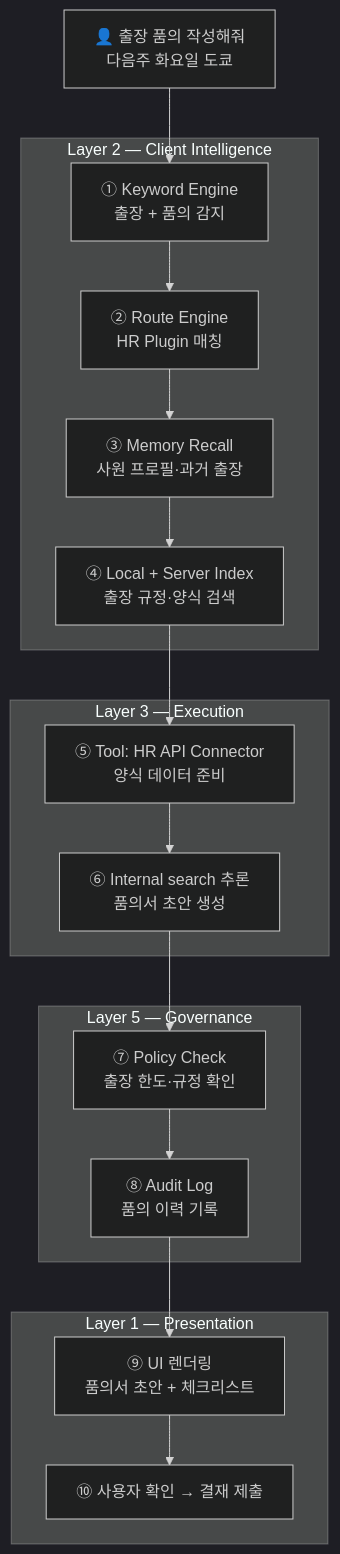
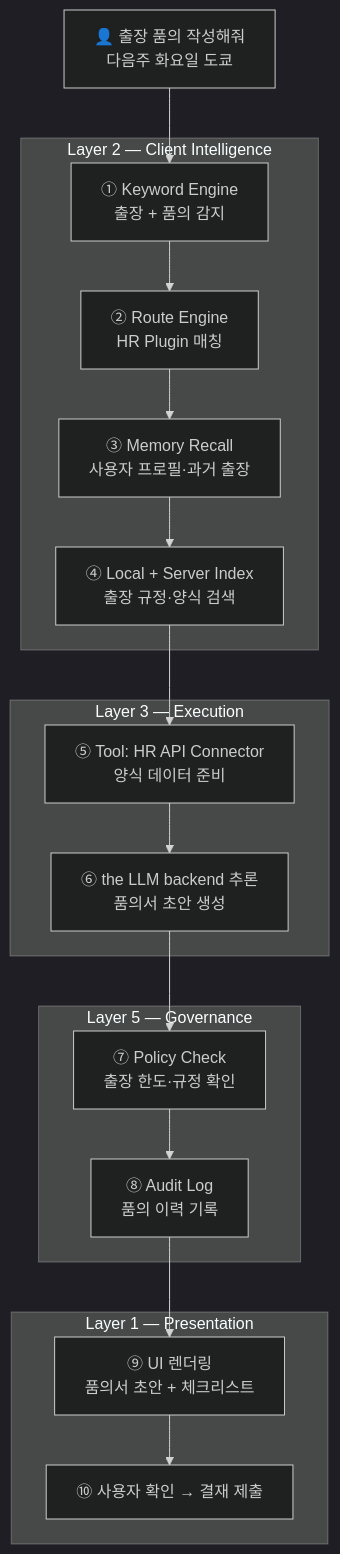
Diagram 40 of 44 in docs/architecture/architecture.md (lvis-project/lvis-app), drawn with Mermaid (dark theme) before and after one commit. The commit also changed other lines of this file and 76 other files, not shown here.

````diff
--- a/docs/architecture/architecture.md
+++ b/docs/architecture/architecture.md
@@ -3532,31 +3532,31 @@
 ```mermaid
 flowchart TB
     USER["👤 출장 품의 작성해줘<br/>다음주 화요일 도쿄"]
 
     subgraph "Layer 2 — Client Intelligence"
         KW["① Keyword Engine<br/>출장 + 품의 감지"]
         ROUTE["② Route Engine<br/>HR Plugin 매칭"]
-        MEM["③ Memory Recall<br/>사원 프로필·과거 출장"]
+        MEM["③ Memory Recall<br/>사용자 프로필·과거 출장"]
         IDX["④ Local + Server Index<br/>출장 규정·양식 검색"]
     end
 
     subgraph "Layer 3 — Execution"
         TOOL["⑤ Tool: HR API Connector<br/>양식 데이터 준비"]
-        corporateNIE_CALL["⑥ Internal search 추론<br/>품의서 초안 생성"]
+        LLM_BACKEND_CALL["⑥ the LLM backend 추론<br/>품의서 초안 생성"]
     end
 
     subgraph "Layer 5 — Governance"
         POLICY_CHECK["⑦ Policy Check<br/>출장 한도·규정 확인"]
         AUDIT_WRITE["⑧ Audit Log<br/>품의 이력 기록"]
     end
 
     subgraph "Layer 1 — Presentation"
         RENDER["⑨ UI 렌더링<br/>품의서 초안 + 체크리스트"]
         ACTION["⑩ 사용자 확인 → 결재 제출"]
     end
 
     USER --> KW --> ROUTE --> MEM --> IDX
-    IDX --> TOOL --> corporateNIE_CALL
-    corporateNIE_CALL --> POLICY_CHECK --> AUDIT_WRITE
+    IDX --> TOOL --> LLM_BACKEND_CALL
+    LLM_BACKEND_CALL --> POLICY_CHECK --> AUDIT_WRITE
     AUDIT_WRITE --> RENDER --> ACTION
 ```
````
